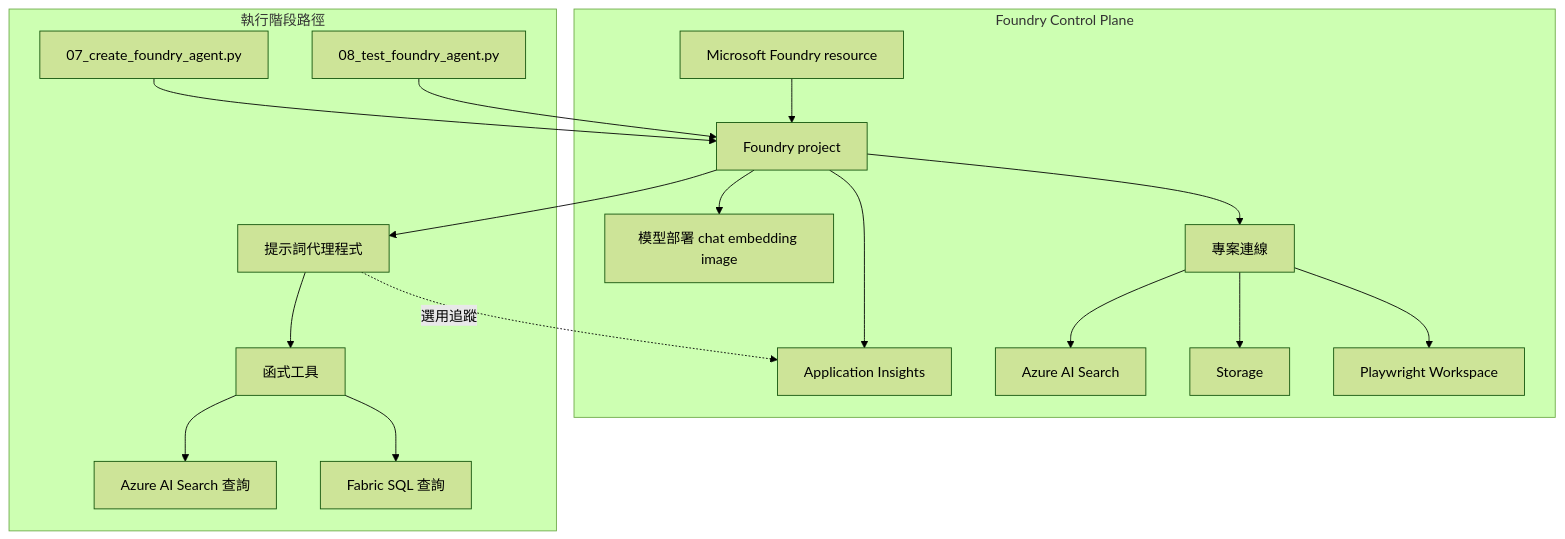
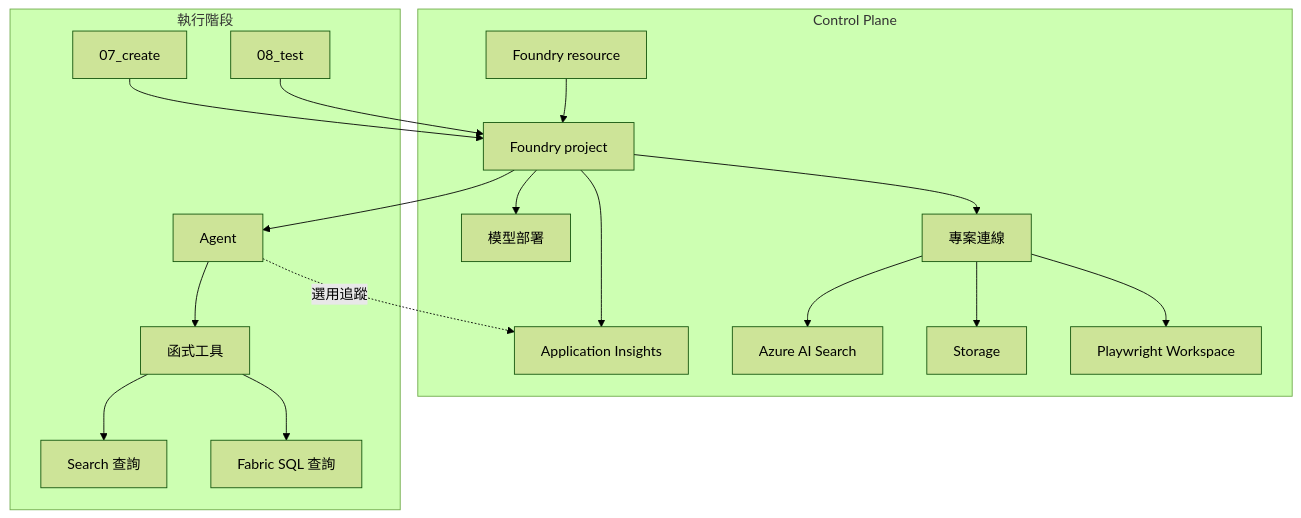
The diagram in workshop/docs/03-understand/04-control-plane.md (payton-chou-ms/e2e-ms-foundry-workshop), drawn with Mermaid (forest theme) before and after one commit. The commit also changed other lines of this file and 33 other files, not shown here.

````diff
--- a/workshop/docs/03-understand/04-control-plane.md
+++ b/workshop/docs/03-understand/04-control-plane.md
@@ -98,38 +40,35 @@
 ```mermaid
 flowchart TB
-    subgraph ControlPlane[Foundry Control Plane]
-        A[Microsoft Foundry resource]
+    subgraph ControlPlane[Control Plane]
+        A[Foundry resource]
         B[Foundry project]
-        C[模型部署 chat embedding image]
+        C[模型部署]
         D[專案連線]
         E[Application Insights]
         F[Azure AI Search]
         G[Storage]
         N[Playwright Workspace]
     end
 
-    subgraph Runtime[執行階段路徑]
-        H[07_create_foundry_agent.py]
-        I[08_test_foundry_agent.py]
-        J[提示詞代理程式]
+    subgraph Runtime[執行階段]
+        H[07_create]
+        I[08_test]
+        J[Agent]
         K[函式工具]
-        L[Azure AI Search 查詢]
+        L[Search 查詢]
         M[Fabric SQL 查詢]
     end
 
-    A --> B
-    B --> C
+    A --> B --> C
     B --> D
     B --> E
     D --> F
     D --> G
     D --> N
-
     H --> B
     I --> B
-    B --> J
-    J --> K
+    B --> J --> K
     K --> L
     K --> M
     J -. 選用追蹤 .-> E
 ```
````
